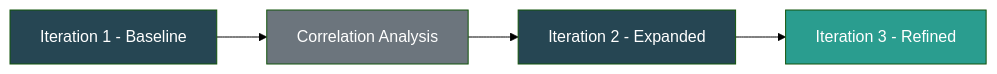
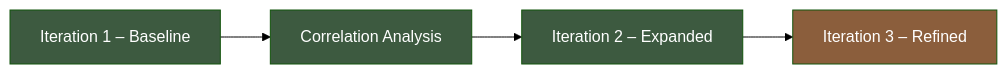
The diagram in projects/list/ml-paper.qmd (dennis-chumakov/dennis-chumakov.github.io), drawn with Mermaid (forest theme) before and after one commit. The commit also changed 21 other files, not shown here.

Commit message:
Changes to Styles.scss, about.qmd, quarto.yml, dissertation.qmd, and ml-paper.qmd for formatting of Flowchart mermaid diagrams

````diff
--- a/projects/list/ml-paper.qmd
+++ b/projects/list/ml-paper.qmd
@@ -39,10 +39,10 @@
 ```{mermaid}
 flowchart LR
-    A[Iteration 1 - Baseline] --> B[Correlation Analysis]
-    B --> C[Iteration 2 - Expanded]
-    C --> D[Iteration 3 - Refined]
-    style A fill:#264653,color:#fff
-    style B fill:#6c757d,color:#fff
-    style C fill:#264653,color:#fff
-    style D fill:#2a9d8f,color:#fff
+    A["Iteration 1 – Baseline"] --> B["Correlation Analysis"]
+    B --> C["Iteration 2 – Expanded"]
+    C --> D["Iteration 3 – Refined"]
+    style A fill:#3d5a40,color:#fff
+    style B fill:#3d5a40,color:#fff
+    style C fill:#3d5a40,color:#fff
+    style D fill:#8b5e3c,color:#fff
 ```
````
